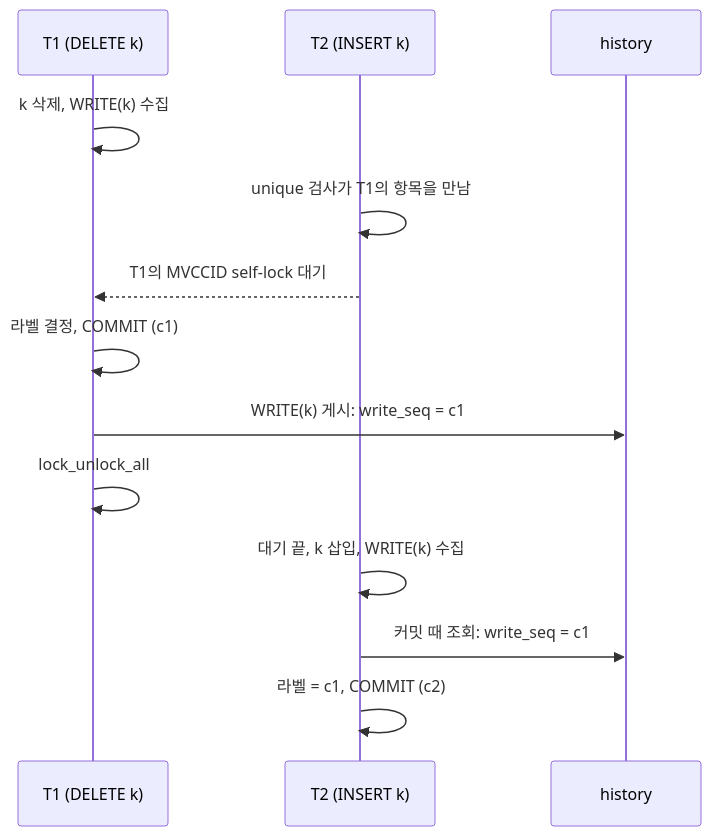
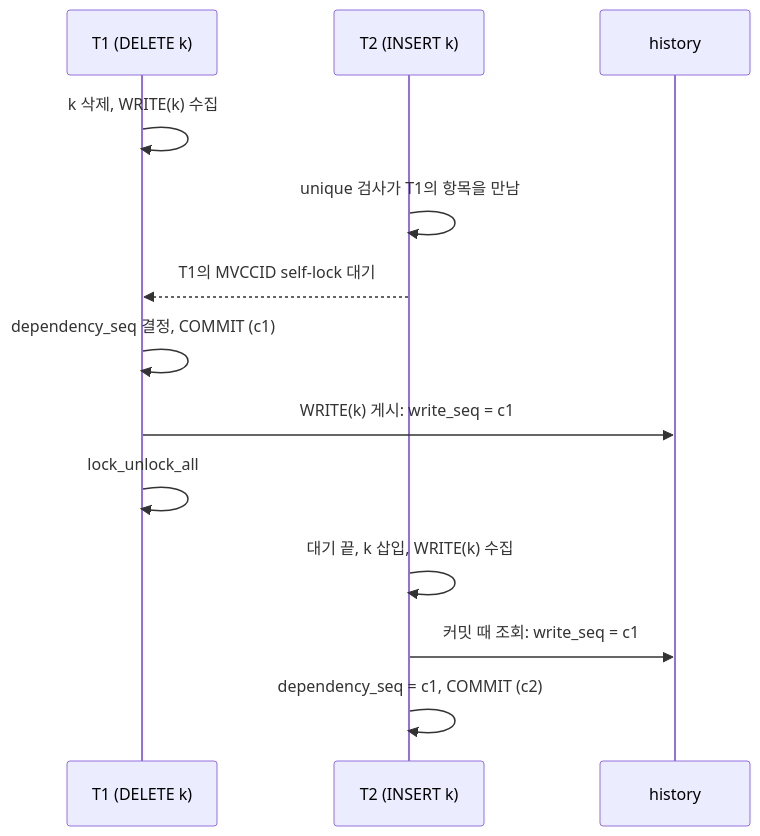
The fourth of 4 diagrams in writeset-design/_impl/01-master-implementation-design.md (youngjun9072/Workspace), drawn with Mermaid before and after one commit. The commit also changed other lines of this file and 61 other files, not shown here.

````diff
--- a/writeset-design/_impl/01-master-implementation-design.md
+++ b/writeset-design/_impl/01-master-implementation-design.md
@@ -892,15 +899,15 @@
 ```mermaid
 sequenceDiagram
   participant T1 as T1 (DELETE k)
   participant T2 as T2 (INSERT k)
   participant H as history
   T1->>T1: k 삭제, WRITE(k) 수집
   T2->>T2: unique 검사가 T1의 항목을 만남
   T2-->>T1: T1의 MVCCID self-lock 대기
-  T1->>T1: 라벨 결정, COMMIT (c1)
+  T1->>T1: dependency_seq 결정, COMMIT (c1)
   T1->>H: WRITE(k) 게시: write_seq = c1
   T1->>T1: lock_unlock_all
   T2->>T2: 대기 끝, k 삽입, WRITE(k) 수집
   T2->>H: 커밋 때 조회: write_seq = c1
-  T2->>T2: 라벨 = c1, COMMIT (c2)
+  T2->>T2: dependency_seq = c1, COMMIT (c2)
 ```
````
